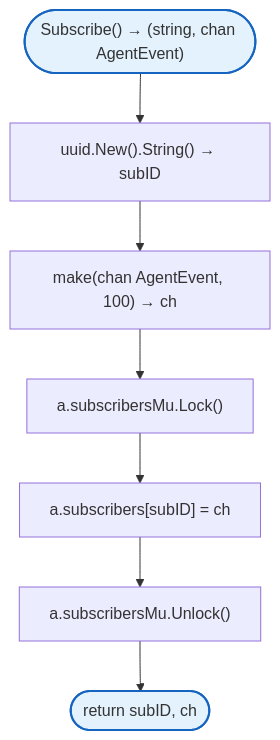
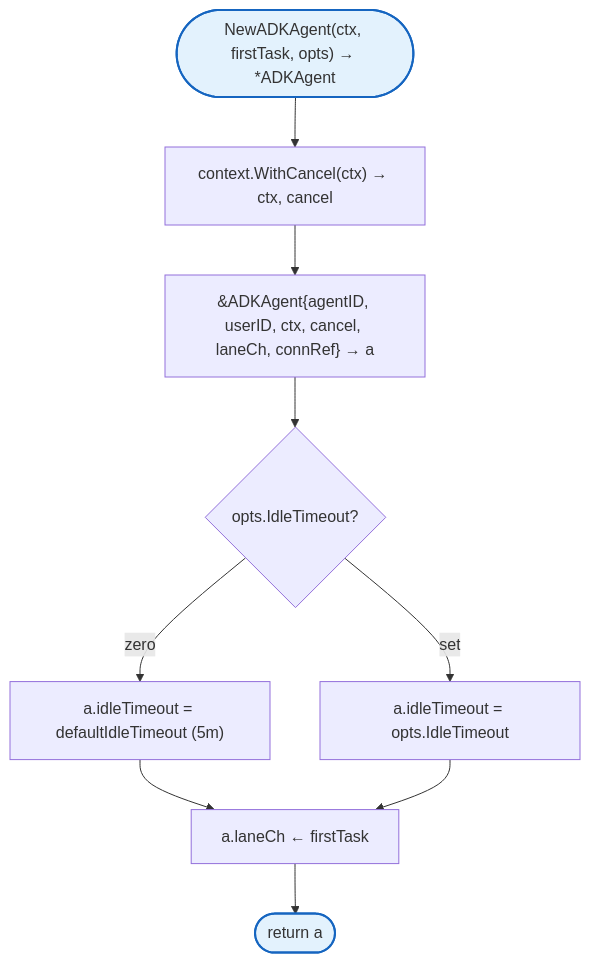
One commit to radch-ai/ava changed the second of 7 diagrams in docs/internal/agent/README.md. Above: the diagram before and after it, drawn with Mermaid. The commit also changed other lines of this file and 38 other files, not shown here.

First line of the commit message:
refactor: consolidate agent package into ADKAgent

````diff
--- a/docs/internal/agent/README.md
+++ b/docs/internal/agent/README.md
@@ -81,13 +73,15 @@
 ```mermaid
 flowchart TB
-    Start(["Subscribe() → (string, chan AgentEvent)"]) --> GenID["uuid.New().String() → subID"]
-    GenID --> MakeCh["make(chan AgentEvent, 100) → ch"]
-    MakeCh --> Lock["a.subscribersMu.Lock()"]
-    Lock --> AddMap["a.subscribers[subID] = ch"]
-    AddMap --> Unlock["a.subscribersMu.Unlock()"]
-    Unlock --> Return(["return subID, ch"])
+    Start(["NewADKAgent(ctx, firstTask, opts) → *ADKAgent"]) --> CreateCtx["context.WithCancel(ctx) → ctx, cancel"]
+    CreateCtx --> InitAgent["&ADKAgent{agentID, userID, ctx, cancel, laneCh, connRef} → a"]
+    InitAgent --> CheckTimeout{opts.IdleTimeout?}
+    CheckTimeout -->|zero| SetDefault["a.idleTimeout = defaultIdleTimeout (5m)"]
+    CheckTimeout -->|set| UseProvided["a.idleTimeout = opts.IdleTimeout"]
+    SetDefault --> QueueTask["a.laneCh ← firstTask"]
+    UseProvided --> QueueTask
+    QueueTask --> Return(["return a"])
 
     classDef mainFn fill:#e3f2fd,stroke:#1565c0,stroke-width:2px
 
     class Start,Return mainFn
 ```
````
